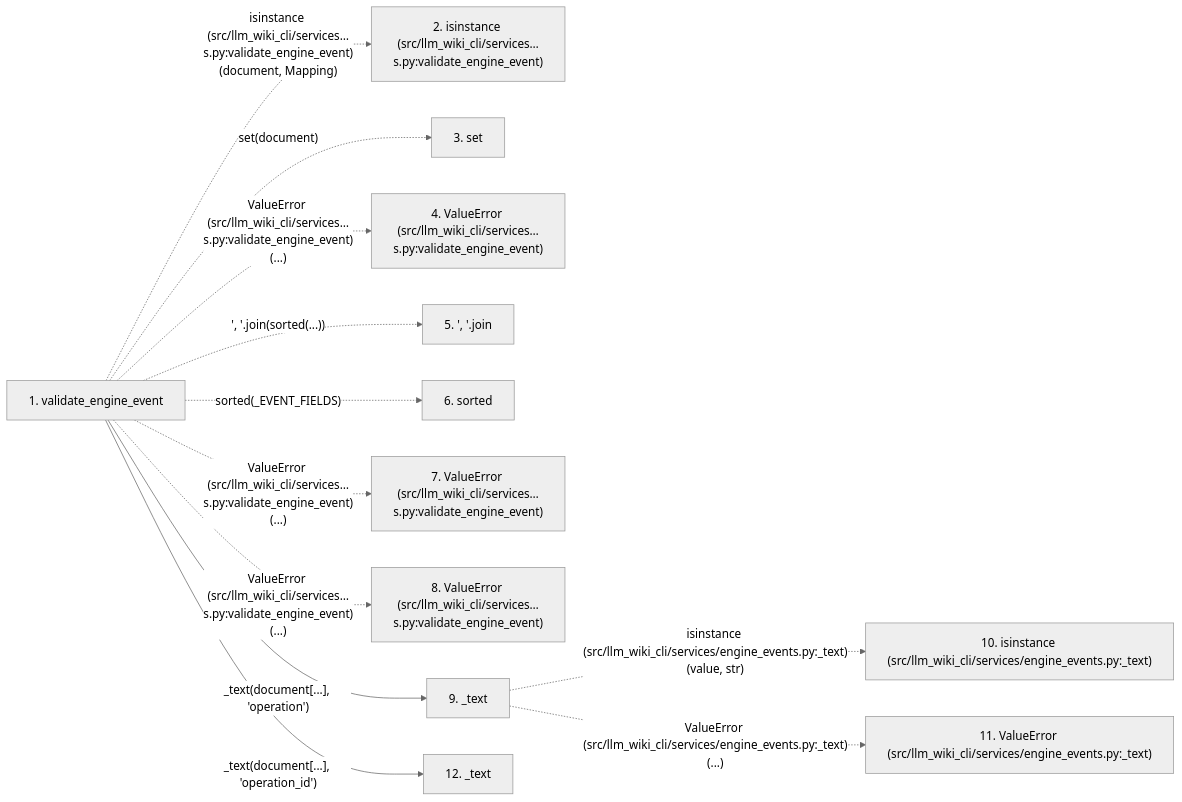
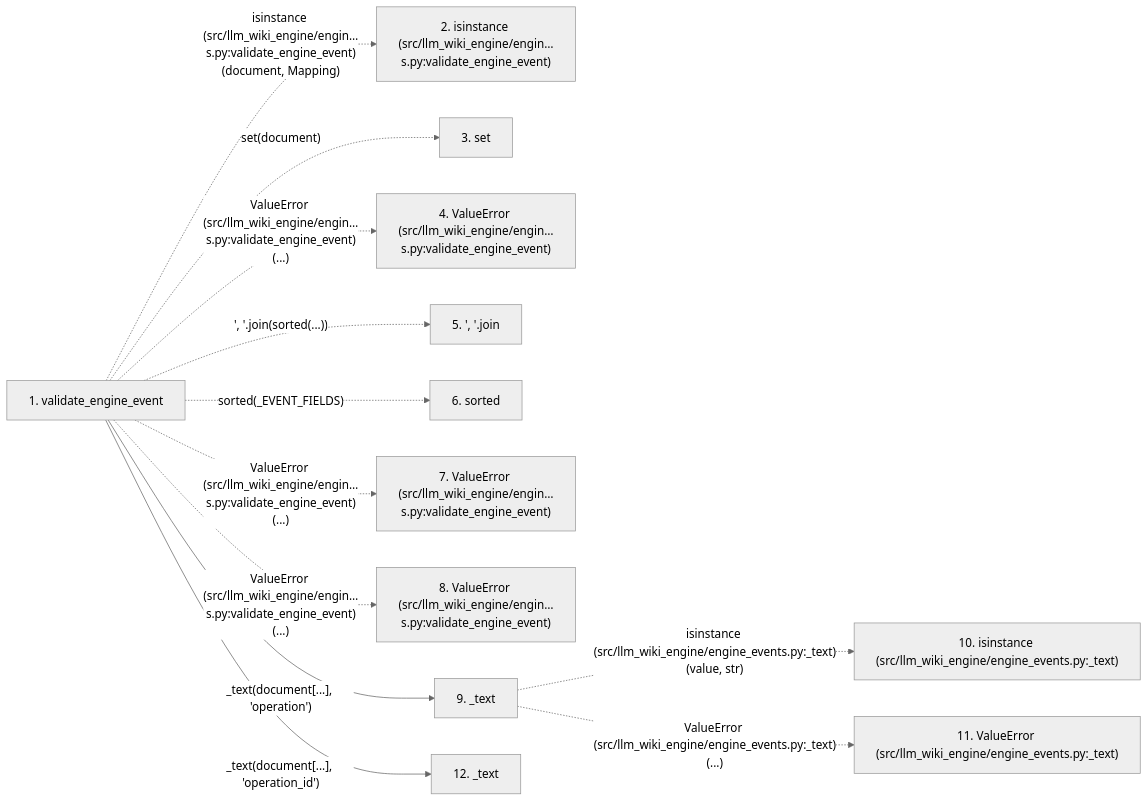
Before and after one commit to Denissvgn/python-wiki-llm: the second of 2 diagrams in docs/llm_wiki/flows/api-validate_engine_event.md, drawn with Mermaid (neutral theme). The commit also changed other lines of this file and 1103 other files, not shown here.

First line of the commit message:
docs: refresh the wiki for the llm-wiki-engine distribution

````diff
--- a/docs/llm_wiki/flows/api-validate_engine_event.md
+++ b/docs/llm_wiki/flows/api-validate_engine_event.md
@@ -103,29 +103,29 @@
 ```mermaid
 flowchart LR
     s1["1. validate_engine_event"]
-    s2["2. isinstance (src/llm_wiki_cli/services…s.py:validate_engine_event)"]
+    s2["2. isinstance (src/llm_wiki_engine/engin…s.py:validate_engine_event)"]
     s3["3. set"]
-    s4["4. ValueError (src/llm_wiki_cli/services…s.py:validate_engine_event)"]
+    s4["4. ValueError (src/llm_wiki_engine/engin…s.py:validate_engine_event)"]
     s5["5. ', '.join"]
     s6["6. sorted"]
-    s7["7. ValueError (src/llm_wiki_cli/services…s.py:validate_engine_event)"]
-    s8["8. ValueError (src/llm_wiki_cli/services…s.py:validate_engine_event)"]
+    s7["7. ValueError (src/llm_wiki_engine/engin…s.py:validate_engine_event)"]
+    s8["8. ValueError (src/llm_wiki_engine/engin…s.py:validate_engine_event)"]
     s9["9. _text"]
-    s10["10. isinstance (src/llm_wiki_cli/services/engine_events.py:_text)"]
-    s11["11. ValueError (src/llm_wiki_cli/services/engine_events.py:_text)"]
+    s10["10. isinstance (src/llm_wiki_engine/engine_events.py:_text)"]
+    s11["11. ValueError (src/llm_wiki_engine/engine_events.py:_text)"]
     s12["12. _text"]
-    s1 -. "isinstance (src/llm_wiki_cli/services…s.py:validate_engine_event)(document, Mapping)" .-> s2
+    s1 -. "isinstance (src/llm_wiki_engine/engin…s.py:validate_engine_event)(document, Mapping)" .-> s2
     s1 -. "set(document)" .-> s3
-    s1 -. "ValueError (src/llm_wiki_cli/services…s.py:validate_engine_event)(...)" .-> s4
+    s1 -. "ValueError (src/llm_wiki_engine/engin…s.py:validate_engine_event)(...)" .-> s4
     s1 -. "', '.join(sorted(...))" .-> s5
     s1 -. "sorted(_EVENT_FIELDS)" .-> s6
-    s1 -. "ValueError (src/llm_wiki_cli/services…s.py:validate_engine_event)(...)" .-> s7
-    s1 -. "ValueError (src/llm_wiki_cli/services…s.py:validate_engine_event)(...)" .-> s8
+    s1 -. "ValueError (src/llm_wiki_engine/engin…s.py:validate_engine_event)(...)" .-> s7
+    s1 -. "ValueError (src/llm_wiki_engine/engin…s.py:validate_engine_event)(...)" .-> s8
     s1 -->|"_text(document[...], 'operation')"| s9
-    s9 -. "isinstance (src/llm_wiki_cli/services/engine_events.py:_text)(value, str)" .-> s10
-    s9 -. "ValueError (src/llm_wiki_cli/services/engine_events.py:_text)(...)" .-> s11
+    s9 -. "isinstance (src/llm_wiki_engine/engine_events.py:_text)(value, str)" .-> s10
+    s9 -. "ValueError (src/llm_wiki_engine/engine_events.py:_text)(...)" .-> s11
     s1 -->|"_text(document[...], 'operation_id')"| s12
     click s1 "../modules/engine_events.md"
     click s9 "../modules/engine_events.md"
     click s12 "../modules/engine_events.md"
 ```
````
